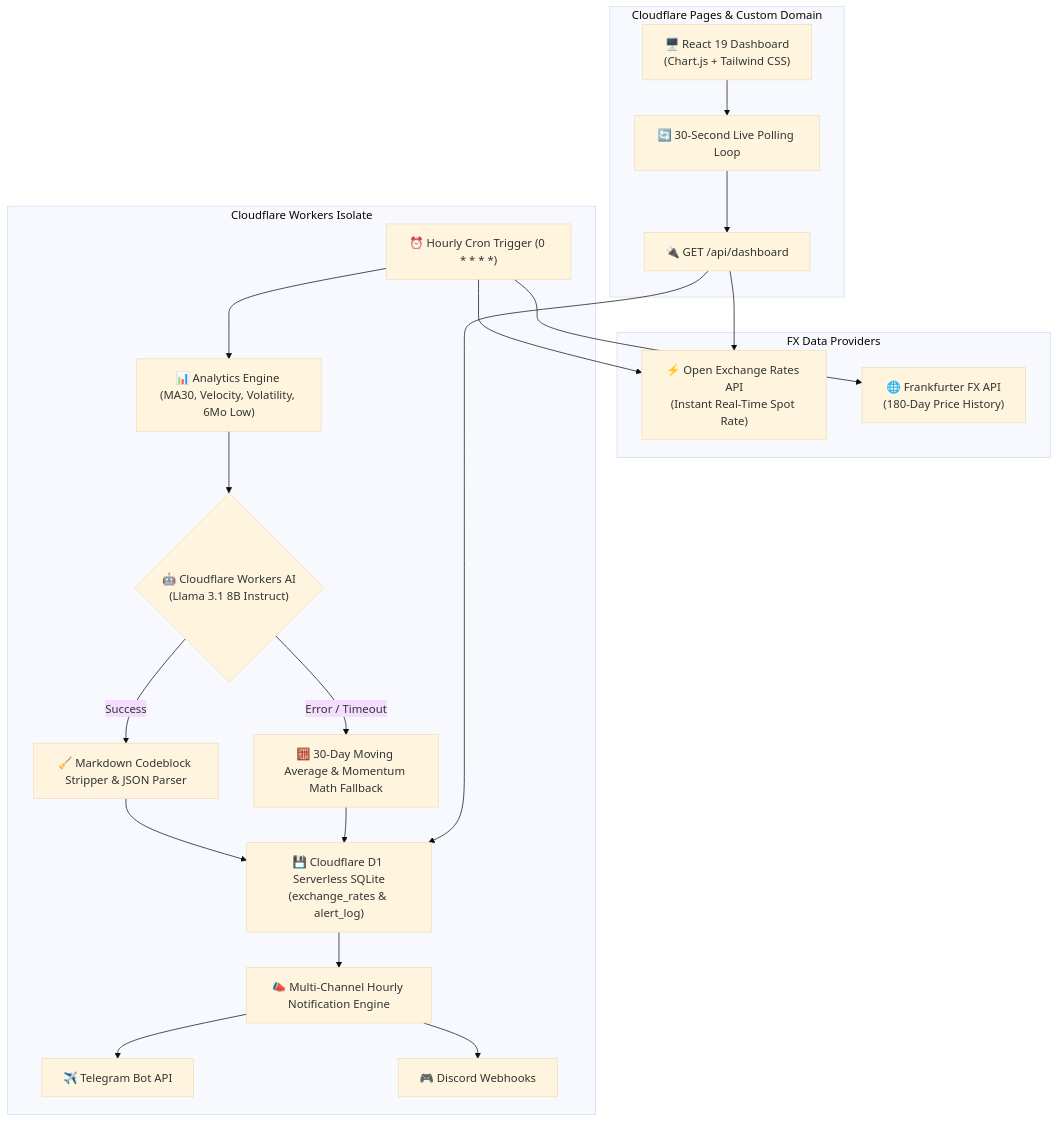
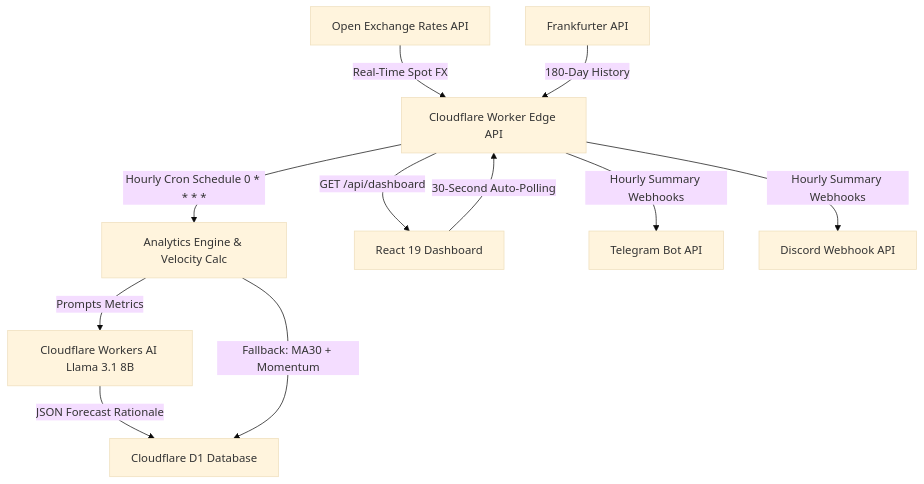
The diagram in README.md (SubharupBiswas/RupeeCheck-AI), drawn with Mermaid (base theme) before and after one commit. The commit also changed other lines of this file, not shown here.

Commit message:
docs: update README with refreshed project branding, architecture diagram, and updated tech stack list

````diff
--- a/README.md
+++ b/README.md
@@ -24,31 +22,15 @@
 ```mermaid
-flowchart TD
-    subgraph Data Sources [FX Data Providers]
-        OpenER["⚡ Open Exchange Rates API\n(Instant Real-Time Spot Rate)"]
-        Frankfurter["🌐 Frankfurter FX API\n(180-Day Price History)"]
-    end
-
-    subgraph Edge Cron & Backend [Cloudflare Workers Isolate]
-        Cron["⏰ Hourly Cron Trigger (0 * * * *)"] --> Frankfurter
-        Cron --> OpenER
-        Cron --> Analytics["📊 Analytics Engine (MA30, Velocity, Volatility, 6Mo Low)"]
-        Analytics --> AI{"🤖 Cloudflare Workers AI\n(Llama 3.1 8B Instruct)"}
-        
-        AI -- Success --> Parser["🧹 Markdown Codeblock Stripper & JSON Parser"]
-        AI -- Error / Timeout --> Fallback["🧮 30-Day Moving Average & Momentum Math Fallback"]
-        
-        Parser --> D1["💾 Cloudflare D1 Serverless SQLite\n(exchange_rates & alert_log)"]
-        Fallback --> D1
-        
-        D1 --> Dispatcher["📣 Multi-Channel Hourly Notification Engine"]
-        Dispatcher --> Telegram["✈️ Telegram Bot API"]
-        Dispatcher --> Discord["🎮 Discord Webhooks"]
-    end
-
-    subgraph Edge Client [Cloudflare Pages & Custom Domain]
-        Dashboard["🖥️ React 19 Dashboard\n(Chart.js + Tailwind CSS)"] --> Polling["🔄 30-Second Live Polling Loop"]
-        Polling --> API["🔌 GET /api/dashboard"]
-        API --> OpenER
-        API --> D1
-    end
+graph TD
+    A[Open Exchange Rates API] -->|Real-Time Spot FX| B[Cloudflare Worker Edge API]
+    C[Frankfurter API] -->|180-Day History| B
+    B -->|Hourly Cron Schedule 0 * * * *| D[Analytics Engine & Velocity Calc]
+    D -->|Prompts Metrics| E[Cloudflare Workers AI Llama 3.1 8B]
+    E -->|JSON Forecast Rationale| F[Cloudflare D1 Database]
+    D -->|Fallback: MA30 + Momentum| F
+    
+    B -->|GET /api/dashboard| G[React 19 Dashboard]
+    G -->|30-Second Auto-Polling| B
+    
+    B -->|Hourly Summary Webhooks| H[Telegram Bot API]
+    B -->|Hourly Summary Webhooks| I[Discord Webhook API]
 ```
````
